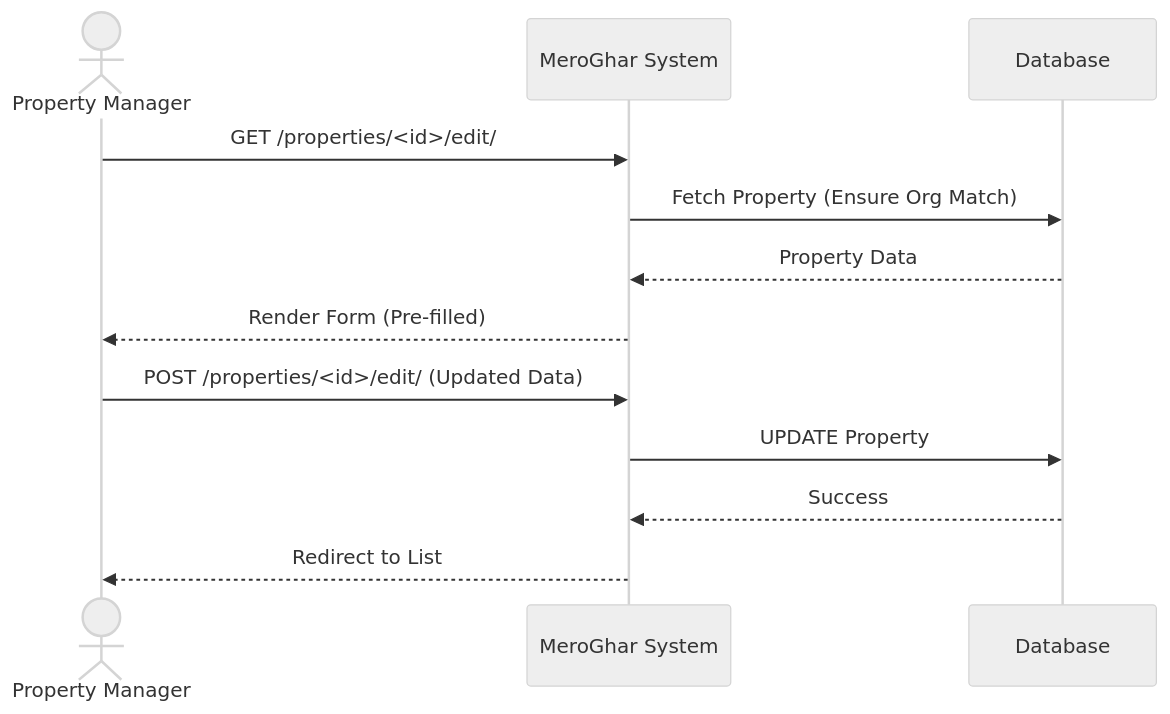
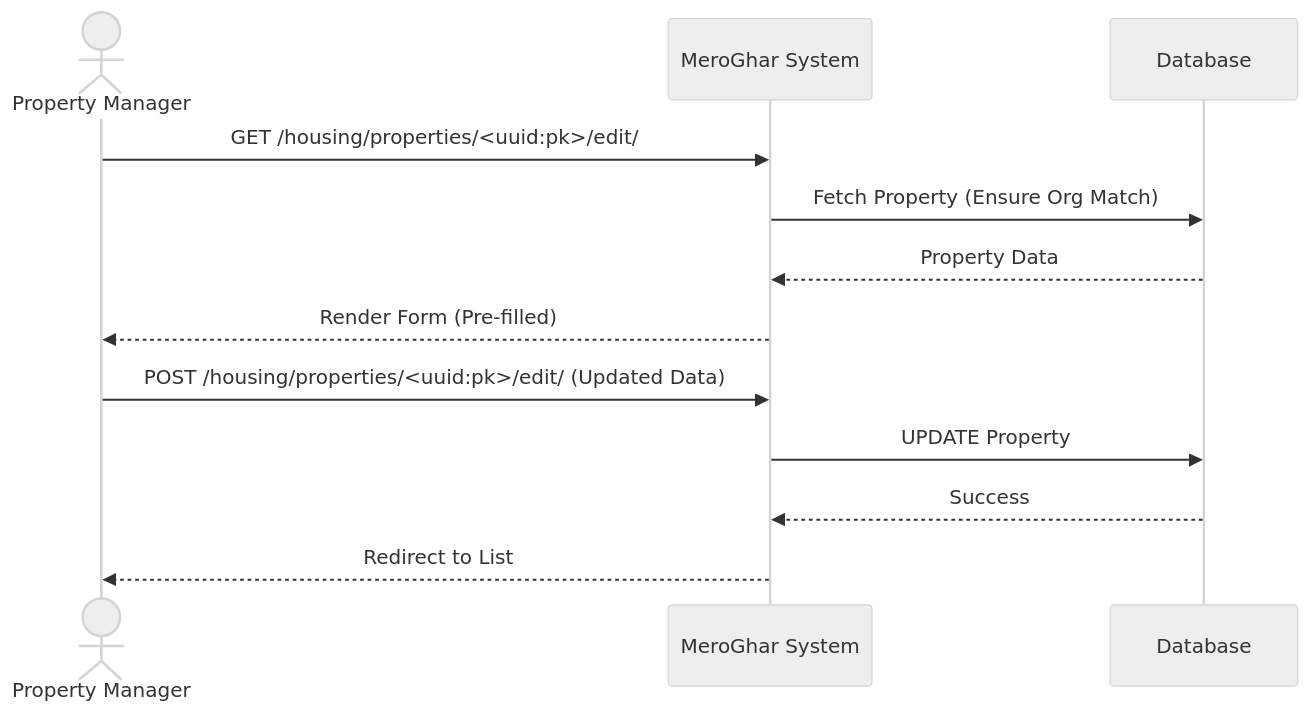
Before and after one commit to 0Ankit0/meroghar: the third of 4 diagrams in docs/workflows/property.md, drawn with Mermaid (neutral theme). The commit also changed other lines of this file and 12 other files, not shown here.

````diff
--- a/docs/workflows/property.md
+++ b/docs/workflows/property.md
@@ -77,16 +77,16 @@
 ```mermaid
 sequenceDiagram
     actor User as Property Manager
     participant System as MeroGhar System
     participant DB as Database
 
-    User->>System: GET /properties/<id>/edit/
+    User->>System: GET /housing/properties/<uuid:pk>/edit/
     System->>DB: Fetch Property (Ensure Org Match)
     DB-->>System: Property Data
     System-->>User: Render Form (Pre-filled)
 
-    User->>System: POST /properties/<id>/edit/ (Updated Data)
+    User->>System: POST /housing/properties/<uuid:pk>/edit/ (Updated Data)
     System->>DB: UPDATE Property
     DB-->>System: Success
     System-->>User: Redirect to List
 ```
````
